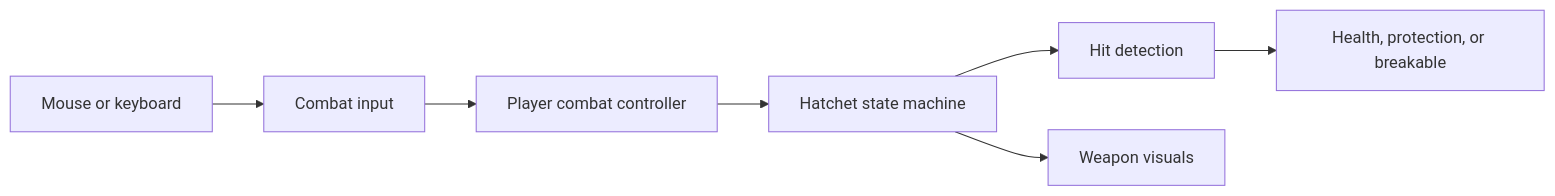
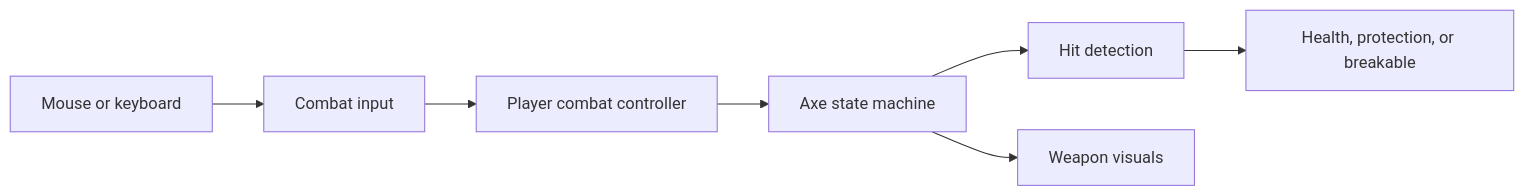
Before and after one commit to Ronno7/RoadOfTheOldKing: the diagram in Docs/SystemsOverview.md, drawn with Mermaid. The commit also changed other lines of this file and 469 other files, not shown here.

Commit message:
Add halberd carry, run and dash; rename hatchet to axe

````diff
--- a/Docs/SystemsOverview.md
+++ b/Docs/SystemsOverview.md
@@ -110,9 +110,9 @@
 ```mermaid
 flowchart LR
     A[Mouse or keyboard] --> B[Combat input]
     B --> C[Player combat controller]
-    C --> D[Hatchet state machine]
+    C --> D[Axe state machine]
     D --> E[Hit detection]
     E --> F[Health, protection, or breakable]
     D --> G[Weapon visuals]
 ```
````
